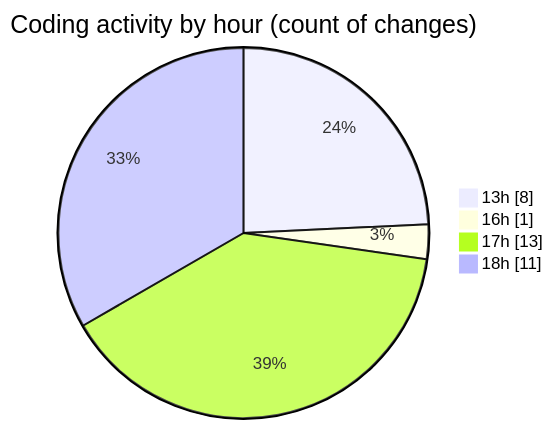
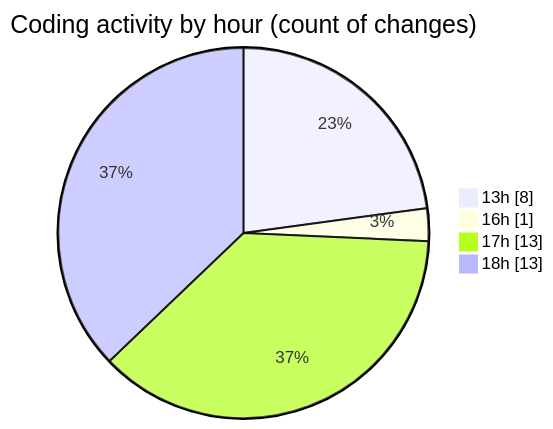
The second of 2 diagrams in 2025-08-24/chatgpt-extension/README.md (EIIisD/code-tracking), drawn with Mermaid before and after one commit. The commit also changed other lines of this file and 1 other file, not shown here.

````diff
--- a/2025-08-24/chatgpt-extension/README.md
+++ b/2025-08-24/chatgpt-extension/README.md
@@ -34,8 +34,8 @@
 ```mermaid
 pie showData
 title Coding activity by hour (count of changes)
 "13h" : 8
 "16h" : 1
 "17h" : 13
-"18h" : 11
+"18h" : 13
 ```
````
